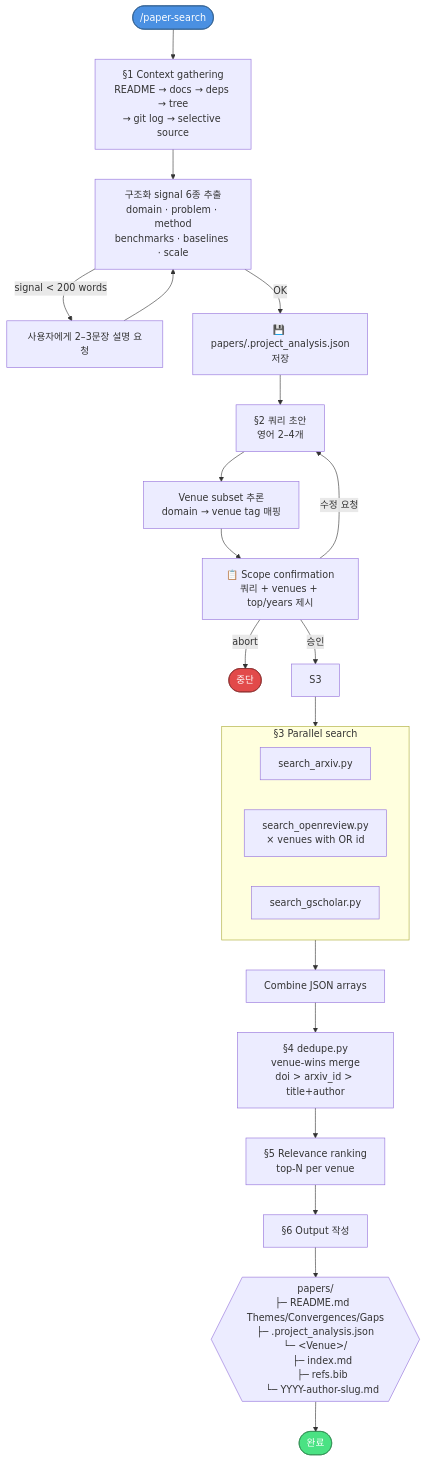
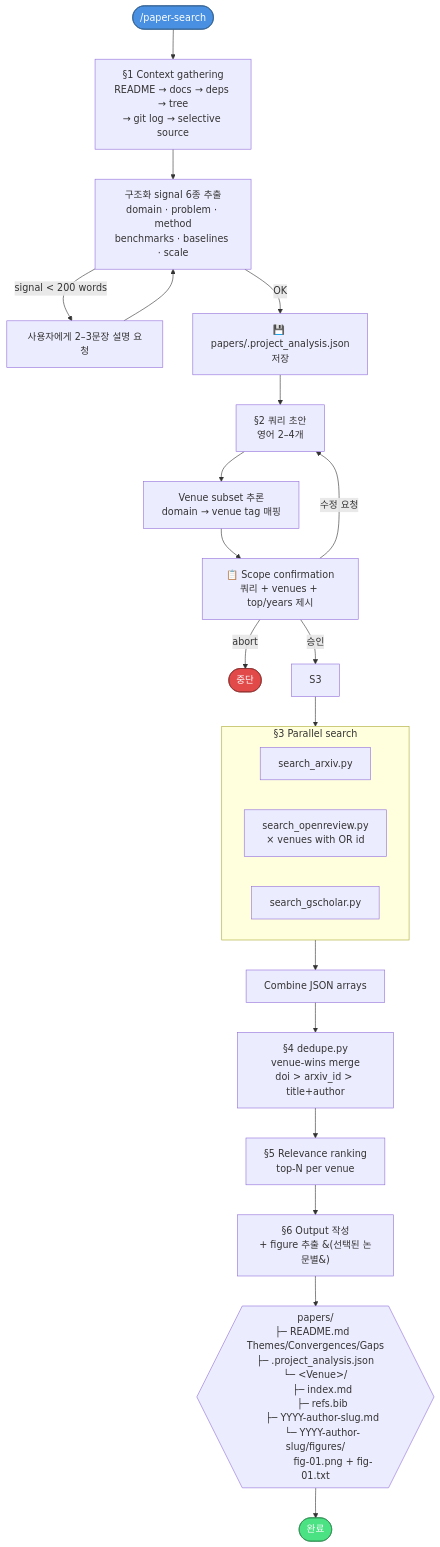
One commit to apple4ree/paper_search changed the first of 2 diagrams in README.md. Above: the diagram before and after it, drawn with Mermaid. The commit also changed other lines of this file and 1 other file, not shown here.

First line of the commit message:
feat(skill): integrate figure extraction into main /paper-search flow

````diff
--- a/README.md
+++ b/README.md
@@ -12,32 +12,32 @@
 ```mermaid
 flowchart TD
     Start([/paper-search]):::cmd --> S1[§1 Context gathering<br/>README → docs → deps → tree<br/>→ git log → selective source]
     S1 --> Extract[구조화 signal 6종 추출<br/>domain · problem · method<br/>benchmarks · baselines · scale]
     Extract -->|signal &lt; 200 words| Ask[사용자에게 2–3문장 설명 요청]
     Ask --> Extract
     Extract -->|OK| Persist[💾 papers/.project_analysis.json<br/>저장]
     Persist --> S2A[§2 쿼리 초안<br/>영어 2–4개]
     S2A --> Infer[Venue subset 추론<br/>domain → venue tag 매핑]
     Infer --> Scope[📋 Scope confirmation<br/>쿼리 + venues + top/years 제시]
     Scope -->|수정 요청| S2A
     Scope -->|abort| StopE([중단]):::stop
     Scope -->|승인| S3
 
     subgraph Par [§3 Parallel search]
         direction LR
         A[search_arxiv.py]
         O[search_openreview.py<br/>× venues with OR id]
         G[search_gscholar.py]
     end
     S3 --> Par
     Par --> Merge[Combine JSON arrays]
     Merge --> S4[§4 dedupe.py<br/>venue-wins merge<br/>doi &gt; arxiv_id &gt; title+author]
     S4 --> S5[§5 Relevance ranking<br/>top-N per venue]
-    S5 --> S6[§6 Output 작성]
-    S6 --> Out{{papers/<br/>├─ README.md  Themes/Convergences/Gaps<br/>├─ .project_analysis.json<br/>└─ &lt;Venue&gt;/<br/>⠀⠀├─ index.md<br/>⠀⠀├─ refs.bib<br/>⠀⠀└─ YYYY-author-slug.md}}
+    S5 --> S6[§6 Output 작성<br/>+ figure 추출 &#40;선택된 논문별&#41;]
+    S6 --> Out{{papers/<br/>├─ README.md  Themes/Convergences/Gaps<br/>├─ .project_analysis.json<br/>└─ &lt;Venue&gt;/<br/>⠀⠀├─ index.md<br/>⠀⠀├─ refs.bib<br/>⠀⠀├─ YYYY-author-slug.md<br/>⠀⠀└─ YYYY-author-slug/figures/<br/>⠀⠀⠀⠀⠀fig-01.png + fig-01.txt}}
     Out --> Done([완료]):::done
 
     classDef cmd fill:#4a90e2,stroke:#2e5c8a,color:#fff
     classDef stop fill:#e24a4a,stroke:#8a2e2e,color:#fff
     classDef done fill:#4ae283,stroke:#2e8a4f,color:#fff
 ```
````
